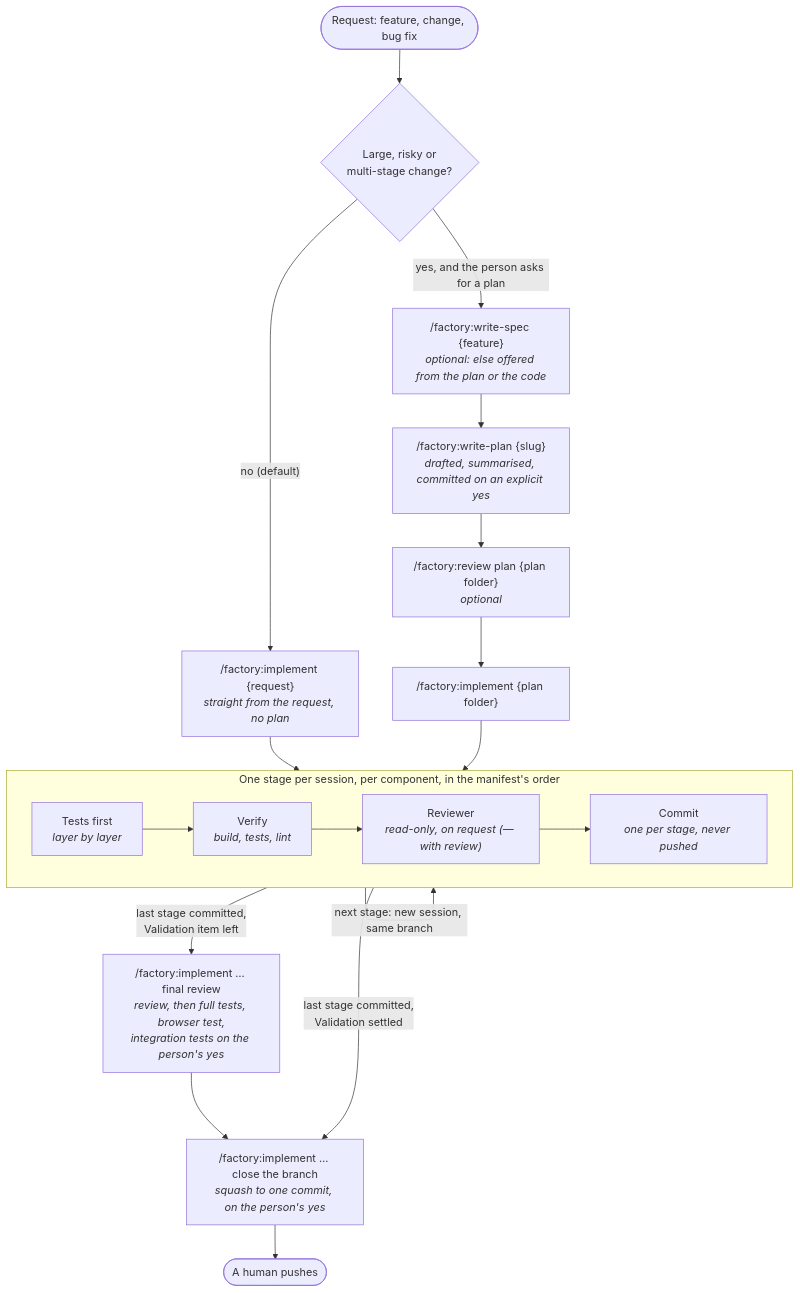
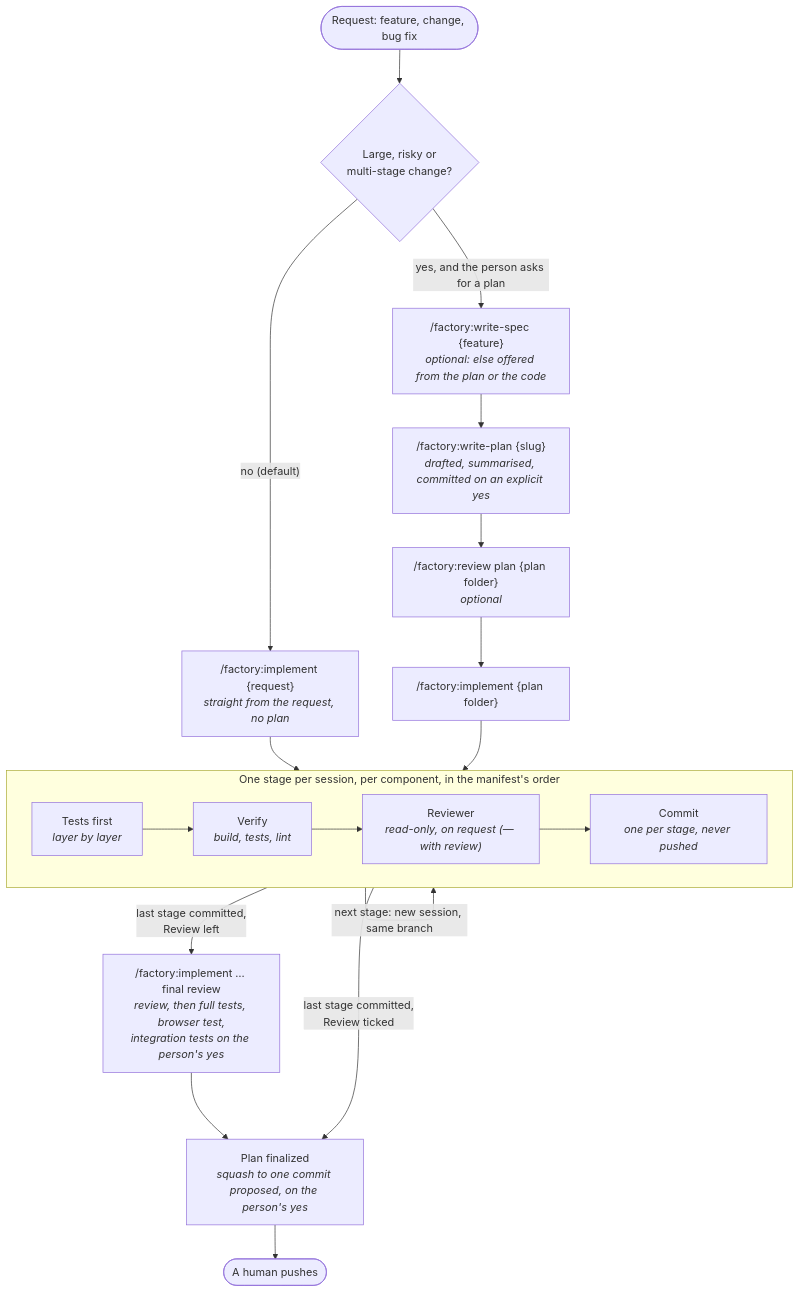
Before and after one commit to Seloris/web-factory: the diagram in plugins/factory/docs/flow.md, drawn with Mermaid. The commit also changed other lines of this file and 19 other files, not shown here.

First line of the commit message:
feat(factory): a plan is finalized on its Review, the squash proposed at that step

````diff
--- a/plugins/factory/docs/flow.md
+++ b/plugins/factory/docs/flow.md
@@ -5,40 +5,40 @@
 ```mermaid
 flowchart TD
     request([Request: feature, change, bug fix])
     decide{Large, risky or<br/>multi-stage change?}
 
     request --> decide
     decide -- "no (default)" --> implDirect
     decide -- "yes, and the person asks for a plan" --> spec
 
     implDirect["/factory:implement {request}<br/><i>straight from the request, no plan</i>"]
 
     spec["/factory:write-spec {feature}<br/><i>optional: else offered from the plan or the code</i>"]
     plan["/factory:write-plan {slug}<br/><i>drafted, summarised, committed on an explicit yes</i>"]
     reviewPlan["/factory:review plan {plan folder}<br/><i>optional</i>"]
     implPlan["/factory:implement {plan folder}"]
 
     spec --> plan --> reviewPlan --> implPlan
 
     subgraph stage["One stage per session, per component, in the manifest's order"]
         direction LR
         tests["Tests first<br/><i>layer by layer</i>"]
         verify["Verify<br/><i>build, tests, lint</i>"]
         review["Reviewer<br/><i>read-only, on request (— with review)</i>"]
         commit["Commit<br/><i>one per stage, never pushed</i>"]
         tests --> verify --> review --> commit
     end
 
     implDirect --> stage
     implPlan --> stage
     stage -- "next stage: new session, same branch" --> stage
-    stage -- "last stage committed,<br/>Validation item left" --> final
-    stage -- "last stage committed,<br/>Validation settled" --> close
+    stage -- "last stage committed,<br/>Review left" --> final
+    stage -- "last stage committed,<br/>Review ticked" --> close
     final["/factory:implement … final review<br/><i>review, then full tests, browser test,<br/>integration tests on the person's yes</i>"]
     final --> close
 
-    close["/factory:implement … close the branch<br/><i>squash to one commit, on the person's yes</i>"]
+    close["Plan finalized<br/><i>squash to one commit proposed, on the person's yes</i>"]
     push([A human pushes])
 
     close --> push
 ```
````
